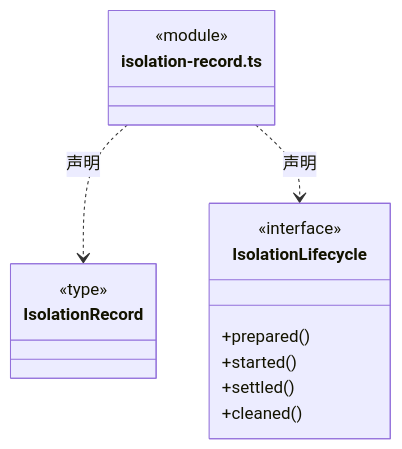
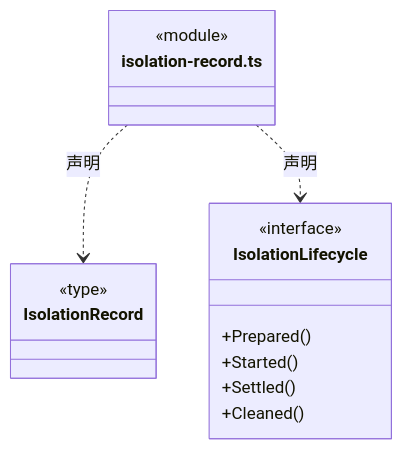
The ninth of 15 diagrams in src/logic/file-operations/platform/isolation/ARCHITECTURE.md (nan023062/cbim), drawn with Mermaid before and after one commit. The commit also changed other lines of this file and 1035 other files, not shown here.

````diff
--- a/src/logic/file-operations/platform/isolation/ARCHITECTURE.md
+++ b/src/logic/file-operations/platform/isolation/ARCHITECTURE.md
@@ -196,19 +196,19 @@
 ```mermaid
 classDiagram
 class N_src_logic_file_operations_platform_isolation_isolation_record_ts["isolation-record.ts"] {
   <<module>>
 }
 class N_src_logic_file_operations_platform_isolation_isolation_record_ts_IsolationRecord["IsolationRecord"] {
   <<type>>
 
 }
 N_src_logic_file_operations_platform_isolation_isolation_record_ts ..> N_src_logic_file_operations_platform_isolation_isolation_record_ts_IsolationRecord : 声明
 class N_src_logic_file_operations_platform_isolation_isolation_record_ts_IsolationLifecycle["IsolationLifecycle"] {
   <<interface>>
-  +prepared()
-  +started()
-  +settled()
-  +cleaned()
+  +Prepared()
+  +Started()
+  +Settled()
+  +Cleaned()
 }
 N_src_logic_file_operations_platform_isolation_isolation_record_ts ..> N_src_logic_file_operations_platform_isolation_isolation_record_ts_IsolationLifecycle : 声明
 ```
````
